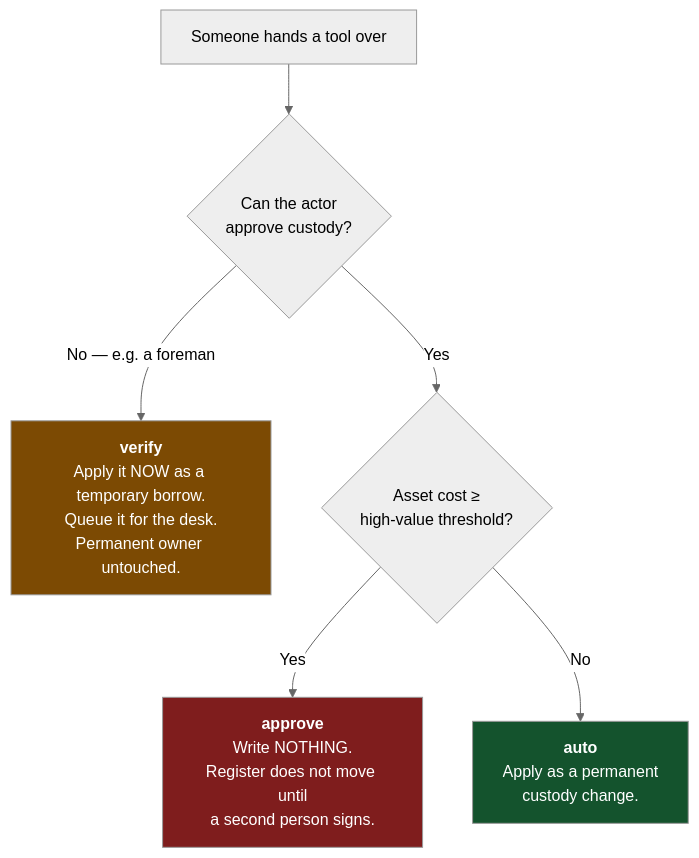
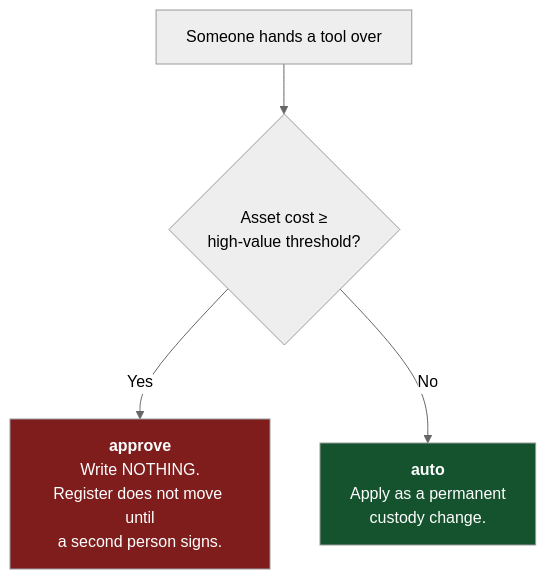
One commit to adds08/Optix changed the third of 5 diagrams in STINVENTORY-EXPLAINER.md. Above: the diagram before and after it, drawn with Mermaid (neutral theme). The commit also changed other lines of this file and 19 other files, not shown here.

````diff
--- a/STINVENTORY-EXPLAINER.md
+++ b/STINVENTORY-EXPLAINER.md
@@ -184,12 +184,9 @@
 ```mermaid
 flowchart TD
-    START["Someone hands a tool over"] --> Q1{"Can the actor<br/>approve custody?"}
-    Q1 -- "No — e.g. a foreman" --> VERIFY["<b>verify</b><br/>Apply it NOW as a temporary borrow.<br/>Queue it for the desk.<br/>Permanent owner untouched."]
-    Q1 -- Yes --> Q2{"Asset cost ≥<br/>high-value threshold?"}
-    Q2 -- Yes --> APPROVE["<b>approve</b><br/>Write NOTHING.<br/>Register does not move until<br/>a second person signs."]
-    Q2 -- No --> AUTO["<b>auto</b><br/>Apply as a permanent<br/>custody change."]
+    START["Someone hands a tool over"] --> Q{"Asset cost &ge;<br/>high-value threshold?"}
+    Q -- Yes --> APPROVE["<b>approve</b><br/>Write NOTHING.<br/>Register does not move until<br/>a second person signs."]
+    Q -- No --> AUTO["<b>auto</b><br/>Apply as a permanent<br/>custody change."]
 
-    style VERIFY fill:#7c4a03,color:#fff
     style APPROVE fill:#7f1d1d,color:#fff
     style AUTO fill:#14532d,color:#fff
 ```
````
